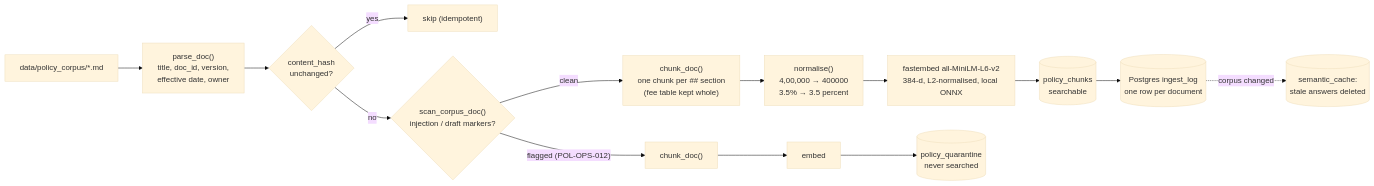
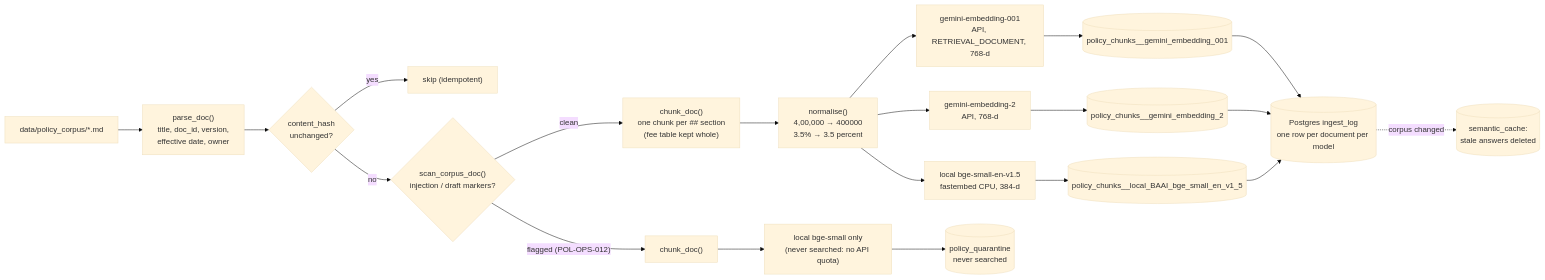
Before and after one commit to annu8932091318/Grounded-Card-RAG: the fourth of 7 diagrams in docs/ARCHITECTURE.md, drawn with Mermaid (base theme). The commit also changed other lines of this file and 38 other files, not shown here.

Commit message:
final fix, fix of fallback local embeding model. And missing details in documentations.

````diff
--- a/docs/ARCHITECTURE.md
+++ b/docs/ARCHITECTURE.md
@@ -103,15 +103,16 @@
 ```mermaid
 flowchart LR
     md["data/policy_corpus/*.md"] --> parse["parse_doc()<br/>title, doc_id, version,<br/>effective date, owner"]
     parse --> hash{"content_hash<br/>unchanged?"}
     hash -->|yes| skip["skip (idempotent)"]
     hash -->|no| scan{"scan_corpus_doc()<br/>injection / draft markers?"}
     scan -->|"clean"| chunk["chunk_doc()<br/>one chunk per ## section<br/>(fee table kept whole)"]
     scan -->|"flagged (POL-OPS-012)"| chunkq["chunk_doc()"]
-    chunk --> norm["normalise()<br/>4,00,000 → 400000<br/>3.5% → 3.5 percent"] --> emb["fastembed all-MiniLM-L6-v2<br/>384-d, L2-normalised, local ONNX"]
-    chunkq --> embq["embed"]
-    emb --> col[("policy_chunks<br/>searchable")]
-    embq --> q[("policy_quarantine<br/>never searched")]
-    col --> runs[("Postgres ingest_log<br/>one row per document")]
+    chunk --> norm["normalise()<br/>4,00,000 → 400000<br/>3.5% → 3.5 percent"]
+    norm --> e1["gemini-embedding-001<br/>API, RETRIEVAL_DOCUMENT, 768-d"] --> c1[("policy_chunks__gemini_embedding_001")]
+    norm --> e2["gemini-embedding-2<br/>API, 768-d"] --> c2[("policy_chunks__gemini_embedding_2")]
+    norm --> e3["local bge-small-en-v1.5<br/>fastembed CPU, 384-d"] --> c3[("policy_chunks__local_BAAI_bge_small_en_v1_5")]
+    chunkq --> embq["local bge-small only<br/>(never searched: no API quota)"] --> q[("policy_quarantine<br/>never searched")]
+    c1 & c2 & c3 --> runs[("Postgres ingest_log<br/>one row per document per model")]
     runs -.->|corpus changed| sc[("semantic_cache:<br/>stale answers deleted")]
 ```
````
